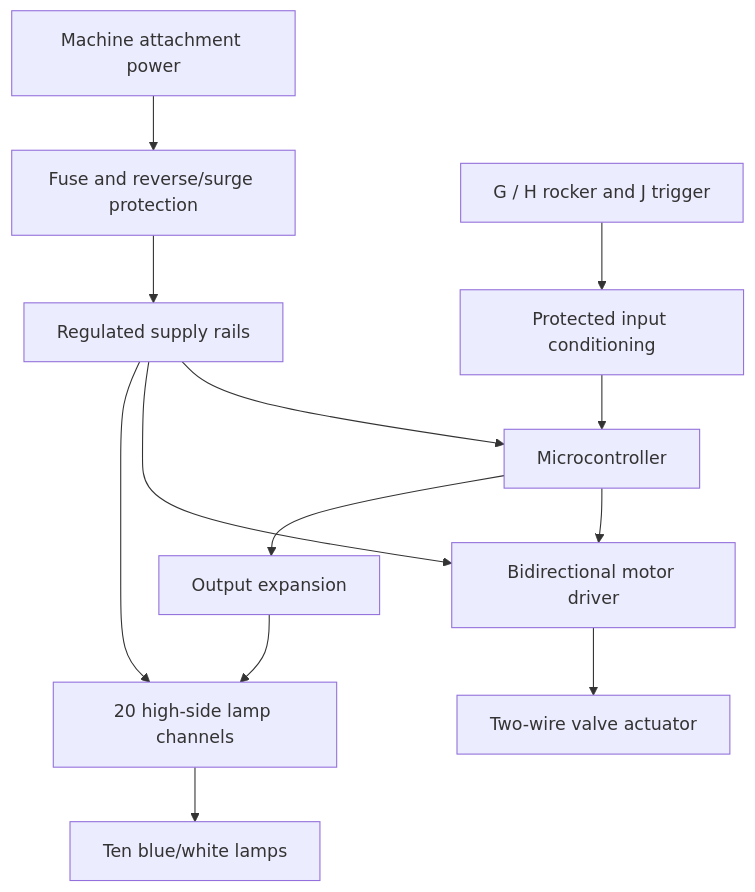
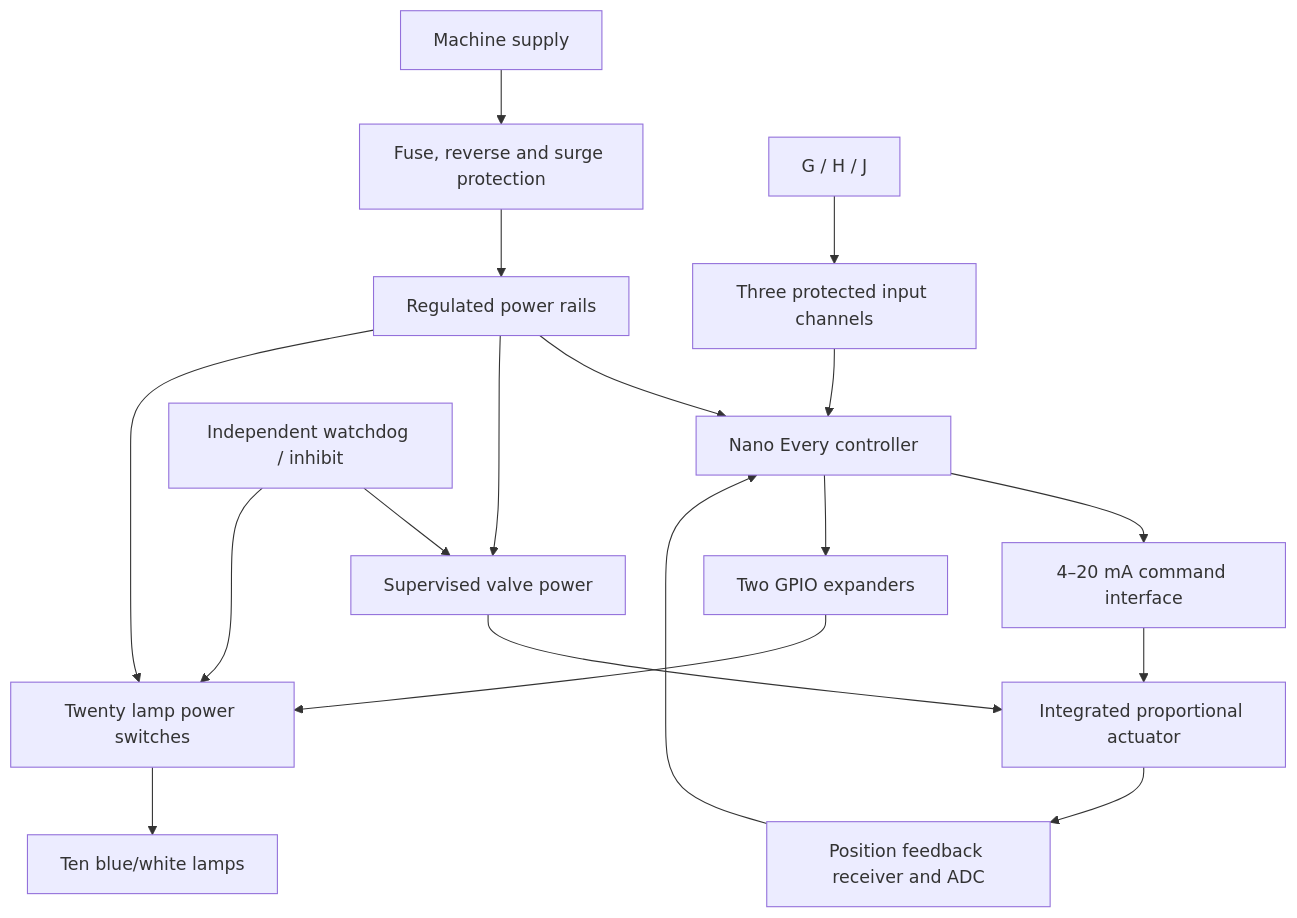
One commit to aeae1/Rock-Saw-Water-Control changed the first of 2 diagrams in docs/connections.md. Above: the diagram before and after it, drawn with Mermaid. The commit also changed other lines of this file and 19 other files, not shown here.

````diff
--- a/docs/connections.md
+++ b/docs/connections.md
@@ -9,15 +9,20 @@
 ```mermaid
 flowchart TD
-    P["Machine attachment power"] --> F["Fuse and reverse/surge protection"]
-    F --> R["Regulated supply rails"]
-    R --> C["Microcontroller"]
-    R --> M["Bidirectional motor driver"]
-    R --> L["20 high-side lamp channels"]
-    I["G / H rocker and J trigger"] --> Q["Protected input conditioning"]
+    P["Machine supply"] --> F["Fuse, reverse and surge protection"]
+    F --> R["Regulated power rails"]
+    R --> C["Nano Every controller"]
+    R --> V["Supervised valve power"]
+    I["G / H / J"] --> Q["Three protected input channels"]
     Q --> C
-    C --> M
-    C --> X["Output expansion"]
-    X --> L
-    M --> V["Two-wire valve actuator"]
-    L --> B["Ten blue/white lamps"]
+    C --> D["4–20 mA command interface"]
+    D --> A["Integrated proportional actuator"]
+    V --> A
+    A --> B["Position feedback receiver and ADC"]
+    B --> C
+    C --> E["Two GPIO expanders"]
+    E --> L["Twenty lamp power switches"]
+    R --> L
+    L --> T["Ten blue/white lamps"]
+    W["Independent watchdog / inhibit"] --> V
+    W --> L
 ```
````
